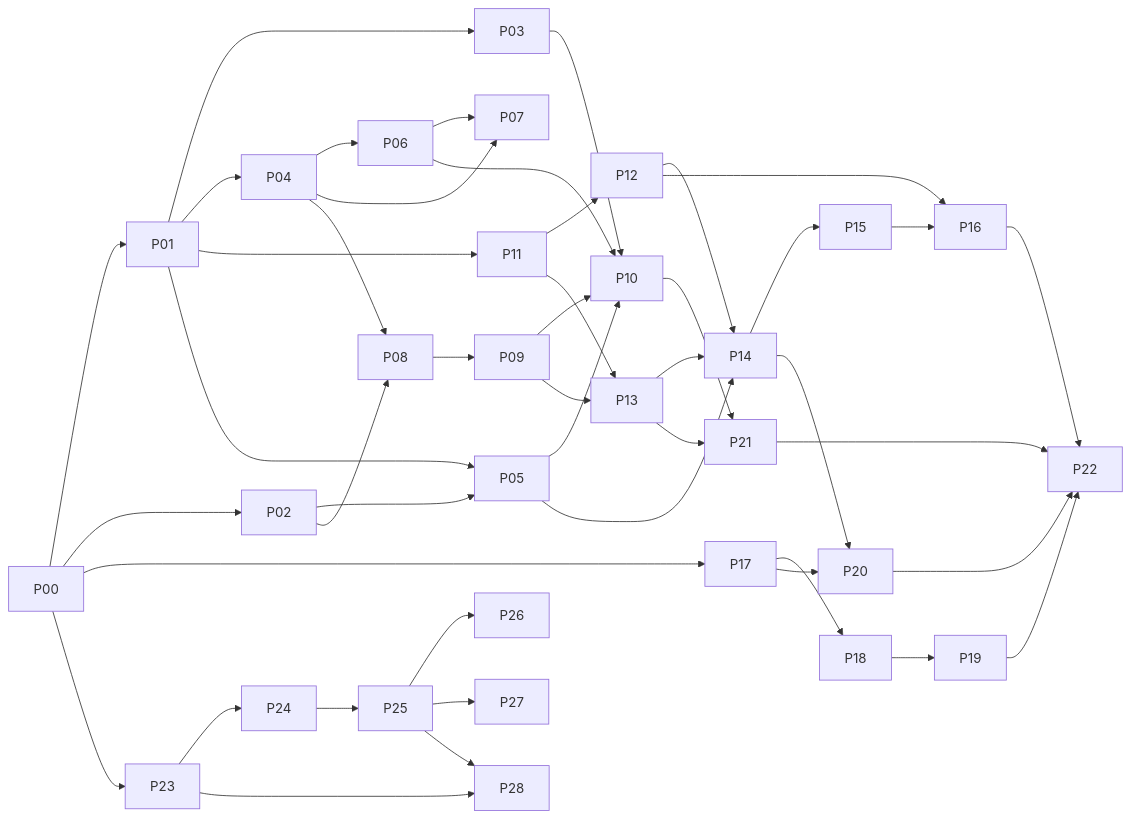
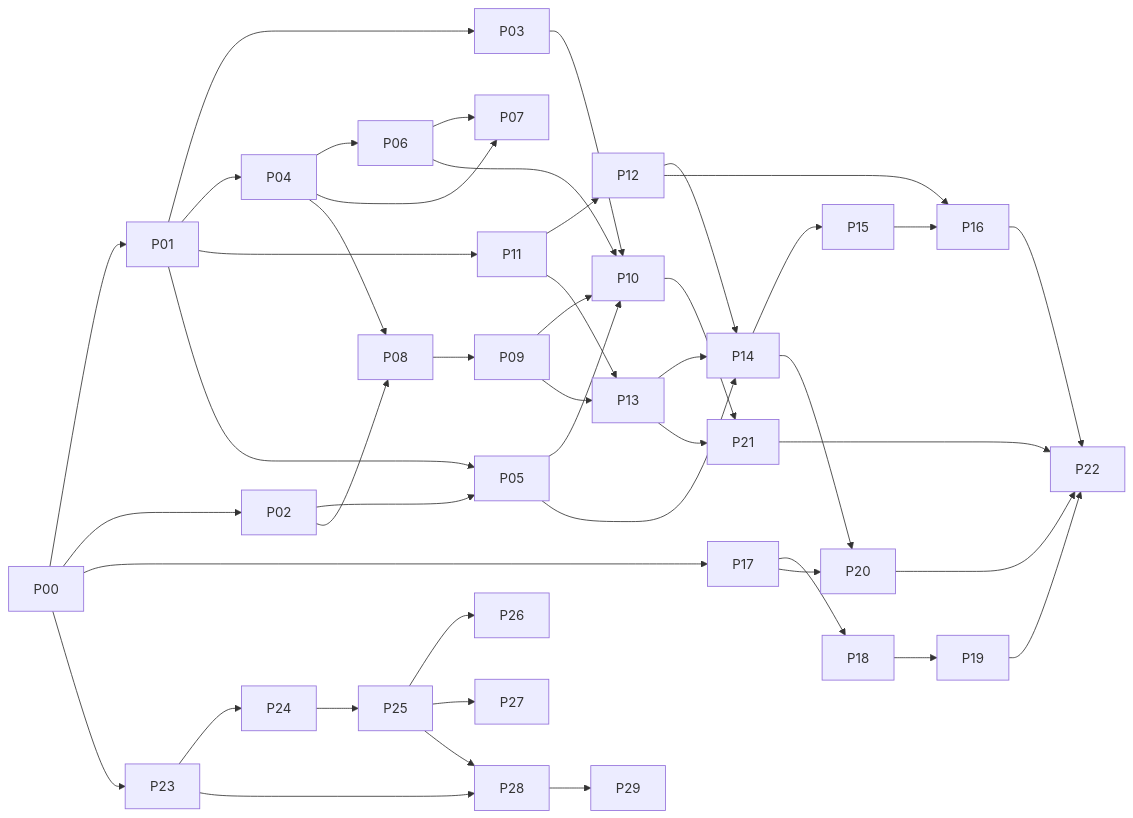
One commit to Kitalon-Labs-LLC/neogold changed the diagram in docs/14_Build_Plan.md. Above: the diagram before and after it, drawn with Mermaid. The commit also changed other lines of this file and 21 other files, not shown here.

````diff
--- a/docs/14_Build_Plan.md
+++ b/docs/14_Build_Plan.md
@@ -68,47 +69,48 @@
 ```mermaid
 flowchart LR
     P00 --> P01
     P00 --> P02
     P00 --> P17
     P00 --> P23
     P23 --> P24
     P24 --> P25
     P25 --> P26
     P25 --> P27
     P23 --> P28
     P25 --> P28
+    P28 --> P29
     P01 --> P03
     P01 --> P04
     P01 --> P11
     P02 --> P05
     P01 --> P05
     P04 --> P06
     P04 --> P07
     P06 --> P07
     P02 --> P08
     P04 --> P08
     P08 --> P09
     P03 --> P10
     P05 --> P10
     P06 --> P10
     P09 --> P10
     P11 --> P12
     P09 --> P13
     P11 --> P13
     P05 --> P14
     P12 --> P14
     P13 --> P14
     P14 --> P15
     P12 --> P16
     P15 --> P16
     P17 --> P18
     P18 --> P19
     P14 --> P20
     P17 --> P20
     P10 --> P21
     P13 --> P21
     P16 --> P22
     P19 --> P22
     P20 --> P22
     P21 --> P22
 ```
````
